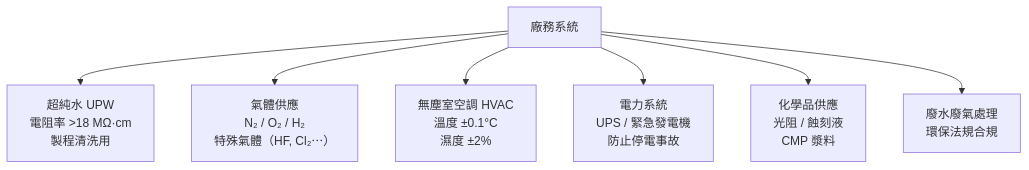
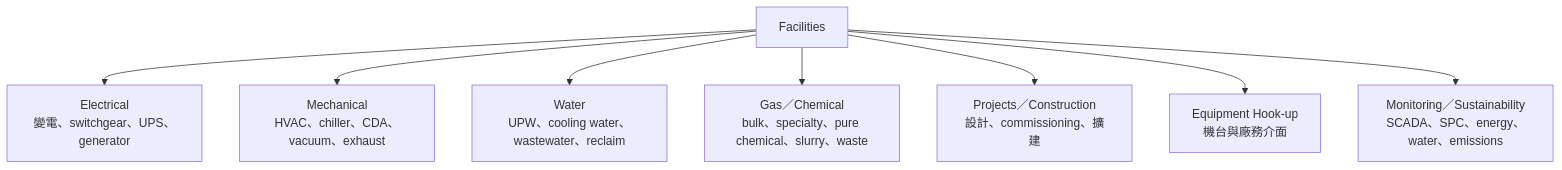
Before and after one commit to wizardhsiehcom/book: the diagram in docs/semi-jobs/11-facilities.md, drawn with Mermaid. The commit also changed other lines of this file and 31 other files, not shown here.

````diff
--- a/docs/semi-jobs/11-facilities.md
+++ b/docs/semi-jobs/11-facilities.md
@@ -7,9 +7,10 @@
 ```mermaid
 flowchart TD
-    FAC["廠務系統"] --> UPW["超純水 UPW<br/>電阻率 >18 MΩ·cm<br/>製程清洗用"]
-    FAC --> GAS["氣體供應<br/>N₂ / O₂ / H₂<br/>特殊氣體（HF, Cl₂⋯）"]
-    FAC --> HVAC["無塵室空調 HVAC<br/>溫度 ±0.1°C<br/>濕度 ±2%"]
-    FAC --> ELEC["電力系統<br/>UPS / 緊急發電機<br/>防止停電事故"]
-    FAC --> CHEM["化學品供應<br/>光阻 / 蝕刻液<br/>CMP 漿料"]
-    FAC --> WWT["廢水廢氣處理<br/>環保法規合規"]
+    FAC["Facilities"] --> ELE["Electrical<br/>變電、switchgear、UPS、generator"]
+    FAC --> MEC["Mechanical<br/>HVAC、chiller、CDA、vacuum、exhaust"]
+    FAC --> WAT["Water<br/>UPW、cooling water、wastewater、reclaim"]
+    FAC --> GC["Gas／Chemical<br/>bulk、specialty、pure chemical、slurry、waste"]
+    FAC --> PRO["Projects／Construction<br/>設計、commissioning、擴建"]
+    FAC --> HOK["Equipment Hook-up<br/>機台與廠務介面"]
+    FAC --> EMS["Monitoring／Sustainability<br/>SCADA、SPC、energy、water、emissions"]
 ```
````
